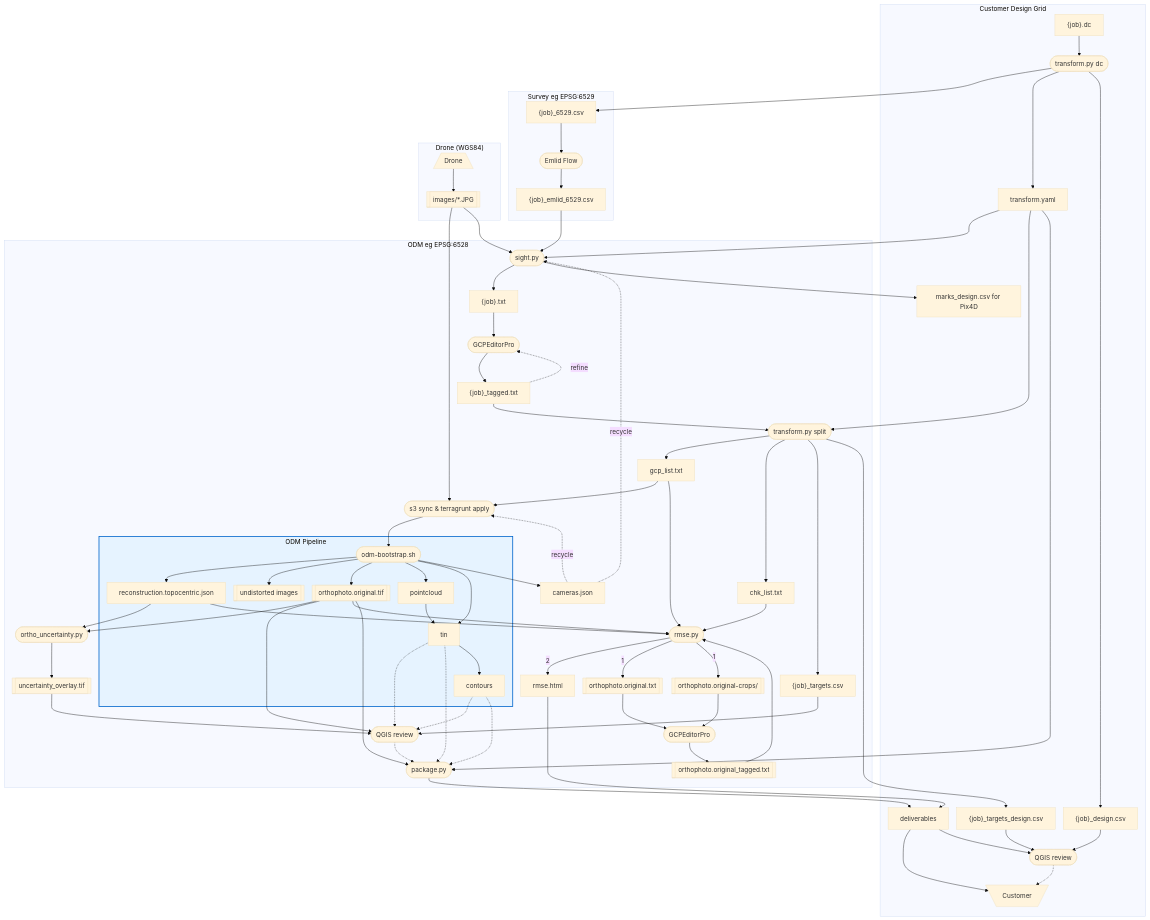
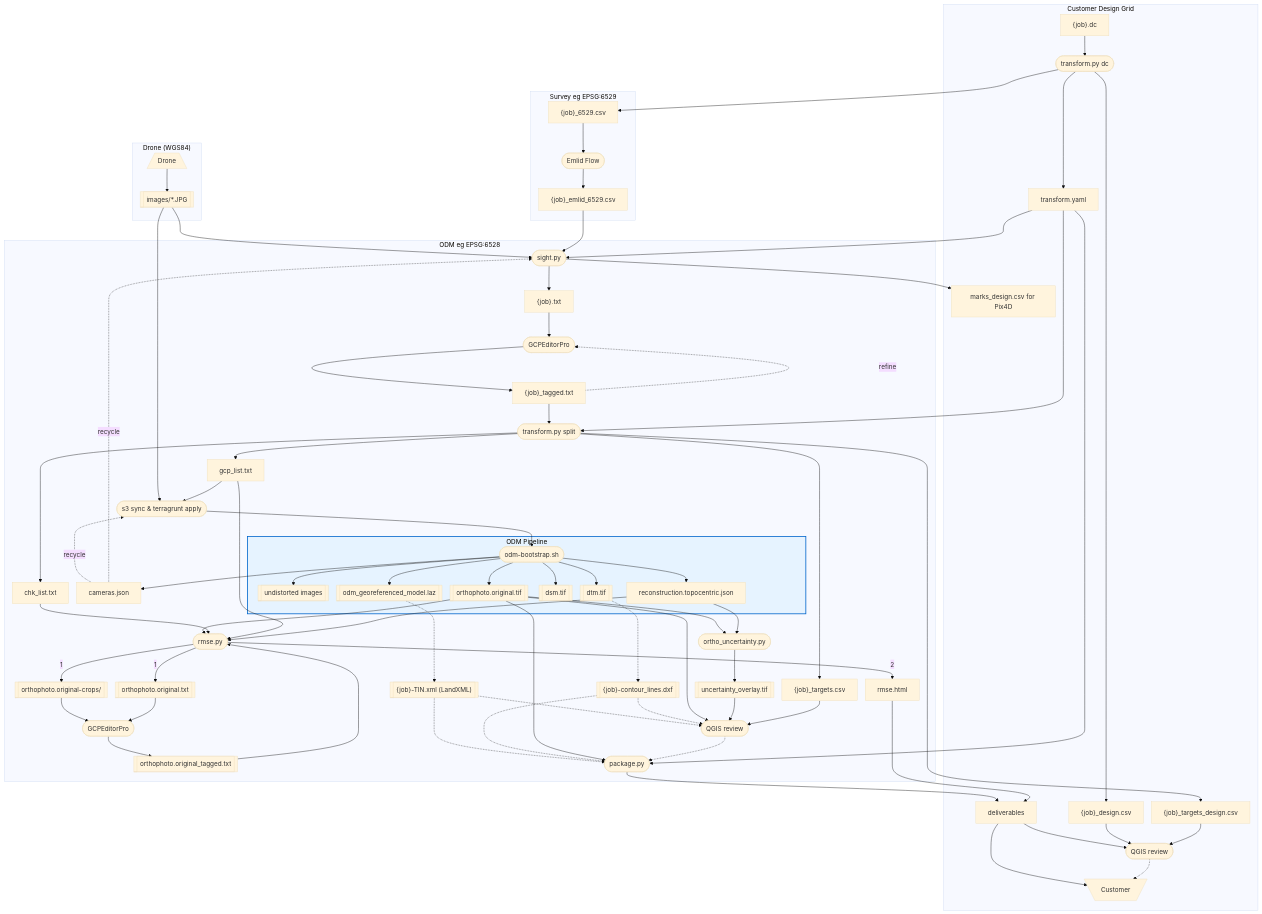
Before and after one commit to jrstear/geo: the diagram in docs/odm-workflow.md, drawn with Mermaid. The commit also changed 1 other file, not shown here.

First paragraph of the commit message:
docs: Pix4D TIN deliverable format reference + diagram cleanup
Adds docs/details/pix4d-tin-deliverable.md derived from inspecting
Pix4D matic 2.0.2 aztec exports on the NAS. Key finding:

```diff
--- a/docs/odm-workflow.md
+++ b/docs/odm-workflow.md
@@ -33,9 +33,11 @@
     drone[/"Drone"\]
     images[["images/*.JPG"]]
     undistorted[["undistorted images"]]
-    pointcloud
-    tin
-    contours
+    pointcloud[["odm_georeferenced_model.laz"]]
+    dtm[["dtm.tif"]]
+    dsm[["dsm.tif"]]
+    tin[["{job}-TIN.xml (LandXML)"]]
+    contours[["{job}-contour_lines.dxf"]]
     orthophoto[["orthophoto.original.tif"]]
     orthophoto_txt[["orthophoto.original.txt"]]
     orthophoto_txt_tagged[["orthophoto.original_tagged.txt"]]
@@ -84,11 +86,13 @@
             odm
             orthophoto
             pointcloud
-            tin
-            contours
+            dtm
+            dsm
             model
             undistorted
         end
+        tin
+        contours
         style ODM fill:#e6f3ff,stroke:#0066cc,stroke-width:2px
         cameras
         rmse
@@ -132,7 +136,8 @@
     odm --> undistorted
     odm --> orthophoto
     odm --> pointcloud
-    odm --> tin
+    odm --> dtm
+    odm --> dsm
     odm --> cameras
     rmse --> |2| report
     rmse --> |1| orthophoto_txt
@@ -153,7 +158,8 @@
     model --> uncertainty
     model --> rmse
     uncertainty --> uncertainty_tif
-    pointcloud --> tin --> contours
+    pointcloud -.-> tin
+    dtm -.-> contours
     uncertainty_tif --> qgis_cloud
     transform_yaml --> packager
     packager --> deliverables
```
